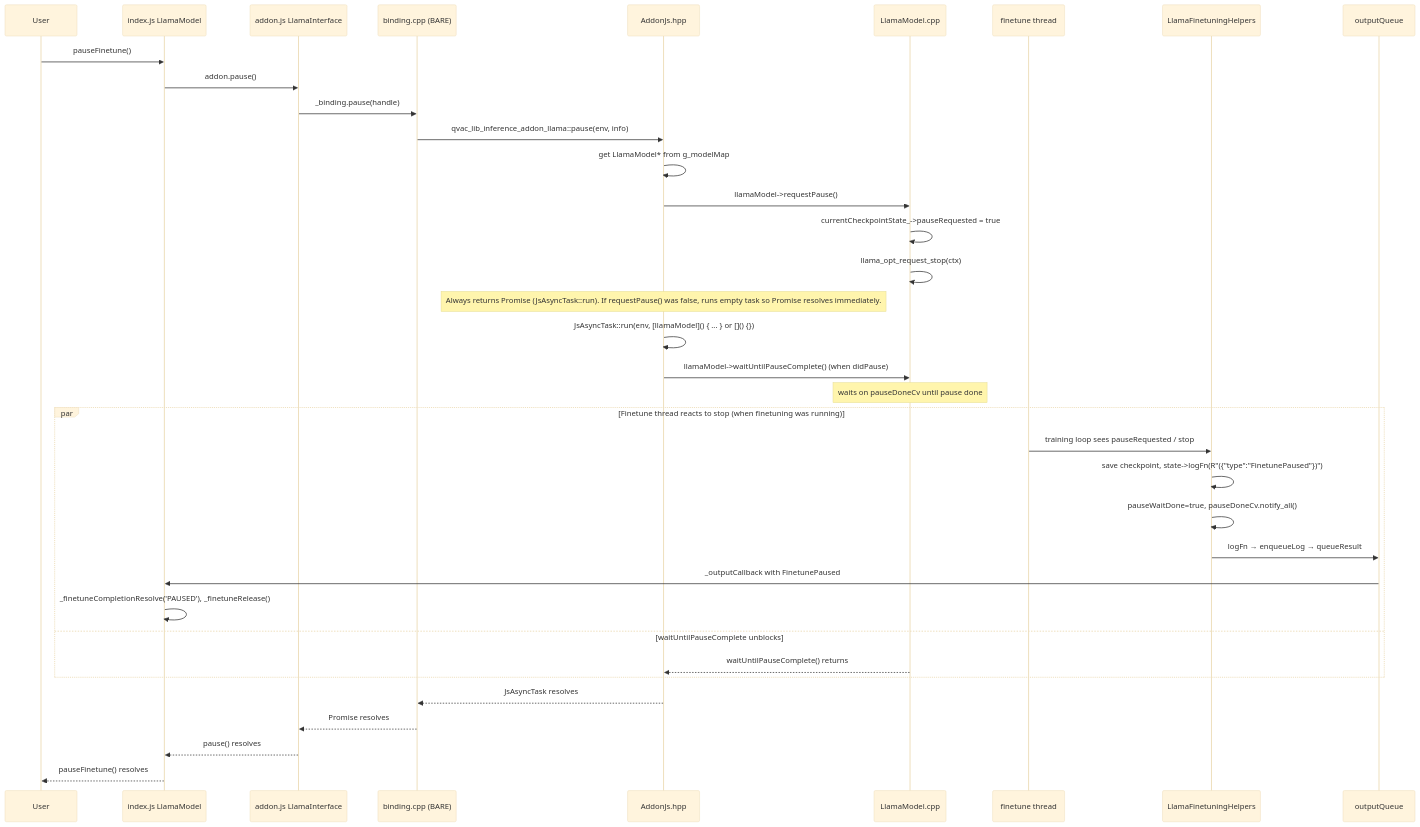
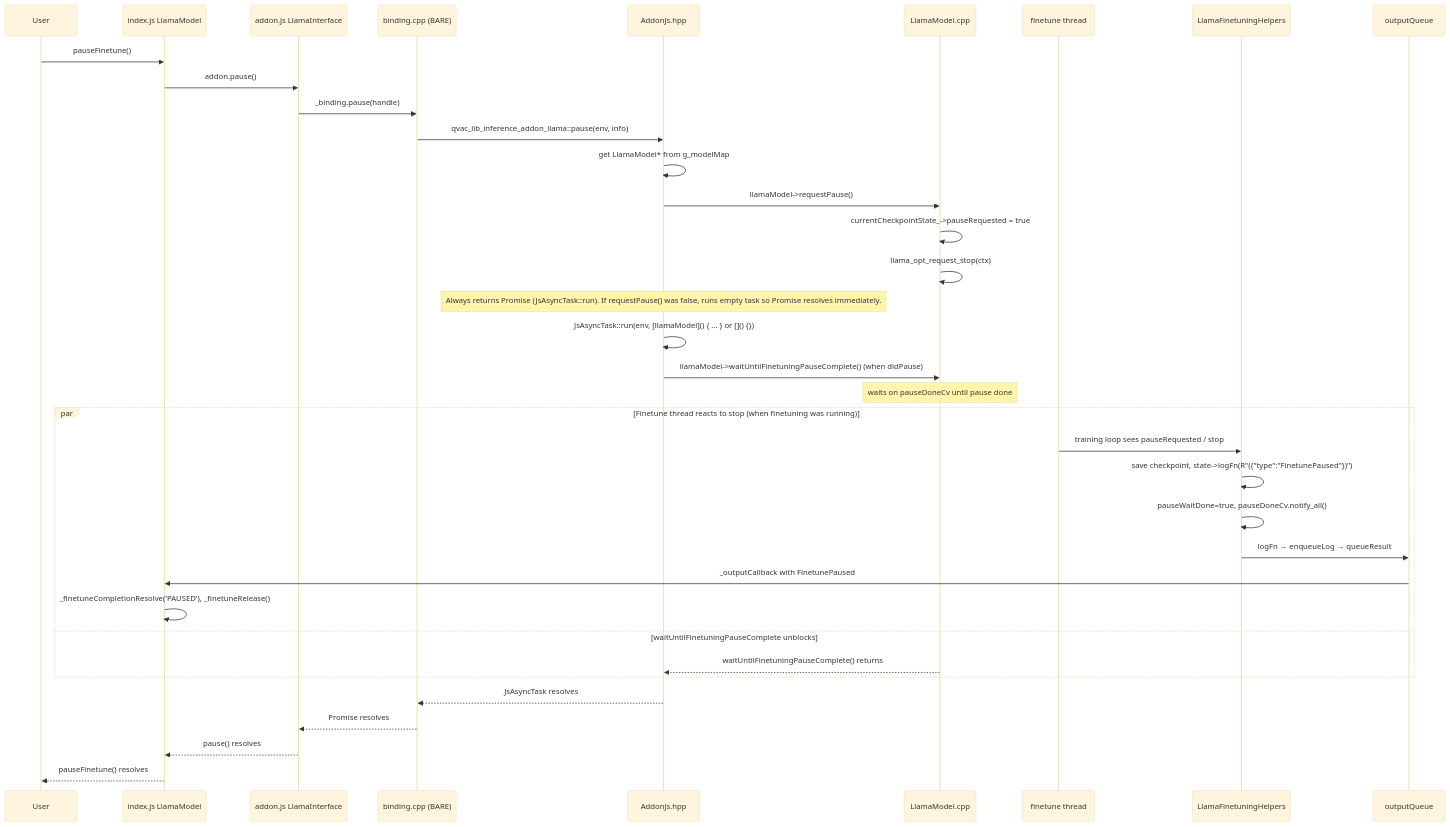
One commit to tetherto/qvac changed the second of 2 diagrams in packages/qvac-lib-infer-llamacpp-llm/docs/finetuning.md. Above: the diagram before and after it, drawn with Mermaid (base theme). The commit also changed other lines of this file and 7 other files, not shown here.

````diff
--- a/packages/qvac-lib-infer-llamacpp-llm/docs/finetuning.md
+++ b/packages/qvac-lib-infer-llamacpp-llm/docs/finetuning.md
@@ -215,44 +215,44 @@
 ```mermaid
 sequenceDiagram
     participant User
     participant LlamaModel as index.js LlamaModel
     participant Addon as addon.js LlamaInterface
     participant Binding as binding.cpp (BARE)
     participant AddonJs as AddonJs.hpp
     participant LlamaModelCpp as LlamaModel.cpp
     participant FinetuneThread as finetune thread
     participant Helpers as LlamaFinetuningHelpers
     participant Queue as outputQueue
 
     User->>LlamaModel: pauseFinetune()
     LlamaModel->>Addon: addon.pause()
     Addon->>Binding: _binding.pause(handle)
     Binding->>AddonJs: qvac_lib_inference_addon_llama::pause(env, info)
 
     AddonJs->>AddonJs: get LlamaModel* from g_modelMap
     AddonJs->>LlamaModelCpp: llamaModel->requestPause()
     LlamaModelCpp->>LlamaModelCpp: currentCheckpointState_->pauseRequested = true
     LlamaModelCpp->>LlamaModelCpp: llama_opt_request_stop(ctx)
 
     Note over AddonJs: Always returns Promise (JsAsyncTask::run). If requestPause() was false, runs empty task so Promise resolves immediately.
 
     AddonJs->>AddonJs: JsAsyncTask::run(env, [llamaModel]() { ... } or []() {})
-    AddonJs->>LlamaModelCpp: llamaModel->waitUntilPauseComplete() (when didPause)
+    AddonJs->>LlamaModelCpp: llamaModel->waitUntilFinetuningPauseComplete() (when didPause)
     Note over LlamaModelCpp: waits on pauseDoneCv until pause done
 
     par Finetune thread reacts to stop (when finetuning was running)
         FinetuneThread->>Helpers: training loop sees pauseRequested / stop
         Helpers->>Helpers: save checkpoint, state->logFn(R"({"type":"FinetunePaused"})")
         Helpers->>Helpers: pauseWaitDone=true, pauseDoneCv.notify_all()
         Helpers->>Queue: logFn → enqueueLog → queueResult
         Queue->>LlamaModel: _outputCallback with FinetunePaused
         LlamaModel->>LlamaModel: _finetuneCompletionResolve('PAUSED'), _finetuneRelease()
-    and waitUntilPauseComplete unblocks
-        LlamaModelCpp-->>AddonJs: waitUntilPauseComplete() returns
+    and waitUntilFinetuningPauseComplete unblocks
+        LlamaModelCpp-->>AddonJs: waitUntilFinetuningPauseComplete() returns
     end
 
     AddonJs-->>Binding: JsAsyncTask resolves
     Binding-->>Addon: Promise resolves
     Addon-->>LlamaModel: pause() resolves
     LlamaModel-->>User: pauseFinetune() resolves
 ```
````
